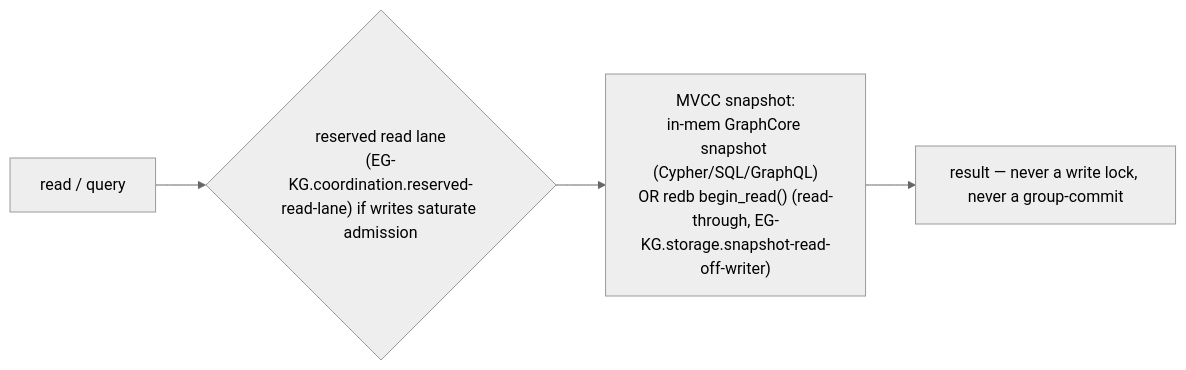
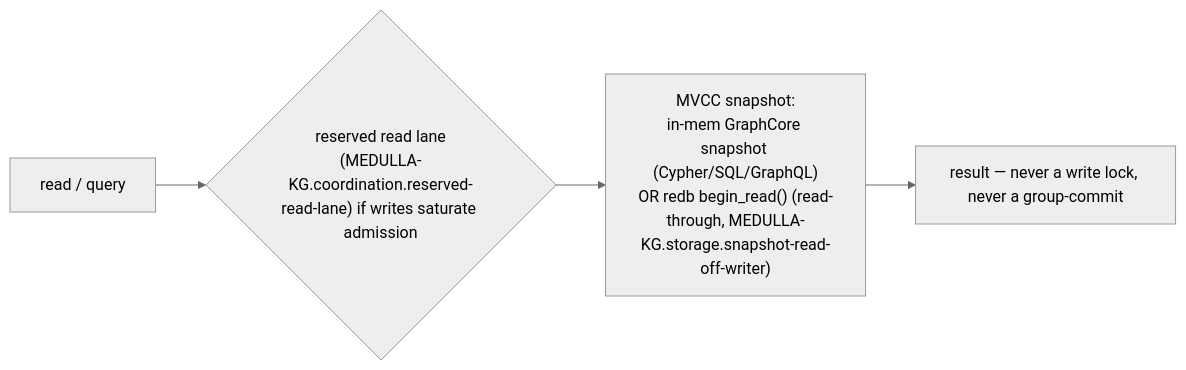
One commit to Knuckles-Team/epistemic-graph changed the third of 3 diagrams in docs/architecture/scaling_program.md. Above: the diagram before and after it, drawn with Mermaid (neutral theme). The commit also changed other lines of this file and 5990 other files, not shown here.

First line of the commit message:
refactor!: rename epistemic-graph to medulla end to end (hard cutover)

````diff
--- a/docs/architecture/scaling_program.md
+++ b/docs/architecture/scaling_program.md
@@ -149,9 +149,9 @@
 ```mermaid
 flowchart LR
     R["read / query"]
-    LANE{"reserved read lane<br/>(EG-KG.coordination.reserved-read-lane) if writes saturate admission"}
-    SNAP["MVCC snapshot:<br/>in-mem GraphCore snapshot (Cypher/SQL/GraphQL)<br/>OR redb begin_read() (read-through, EG-KG.storage.snapshot-read-off-writer)"]
+    LANE{"reserved read lane<br/>(MEDULLA-KG.coordination.reserved-read-lane) if writes saturate admission"}
+    SNAP["MVCC snapshot:<br/>in-mem GraphCore snapshot (Cypher/SQL/GraphQL)<br/>OR redb begin_read() (read-through, MEDULLA-KG.storage.snapshot-read-off-writer)"]
     RESULT["result — never a write lock, never a group-commit"]
 
     R --> LANE --> SNAP --> RESULT
 ```
````
